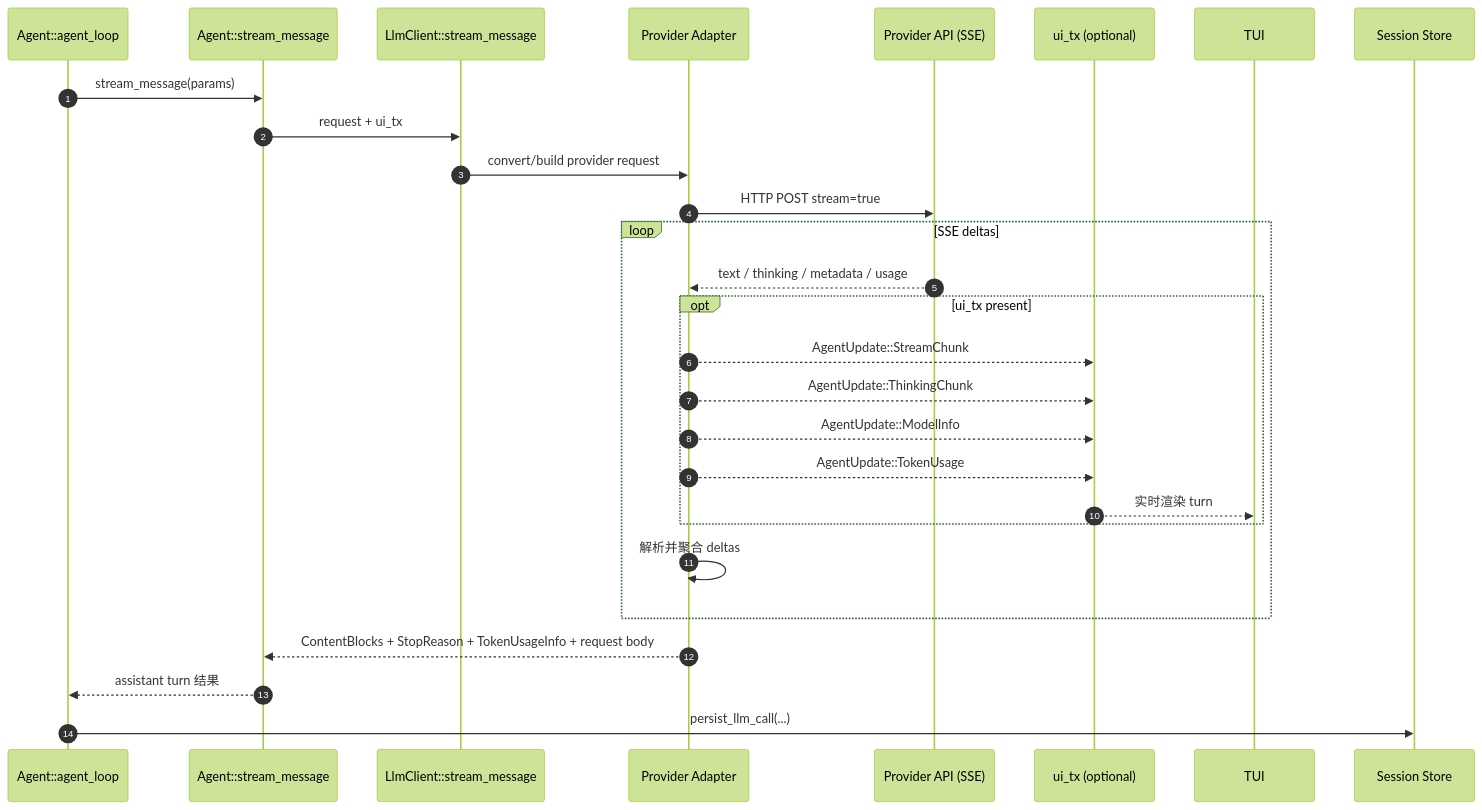
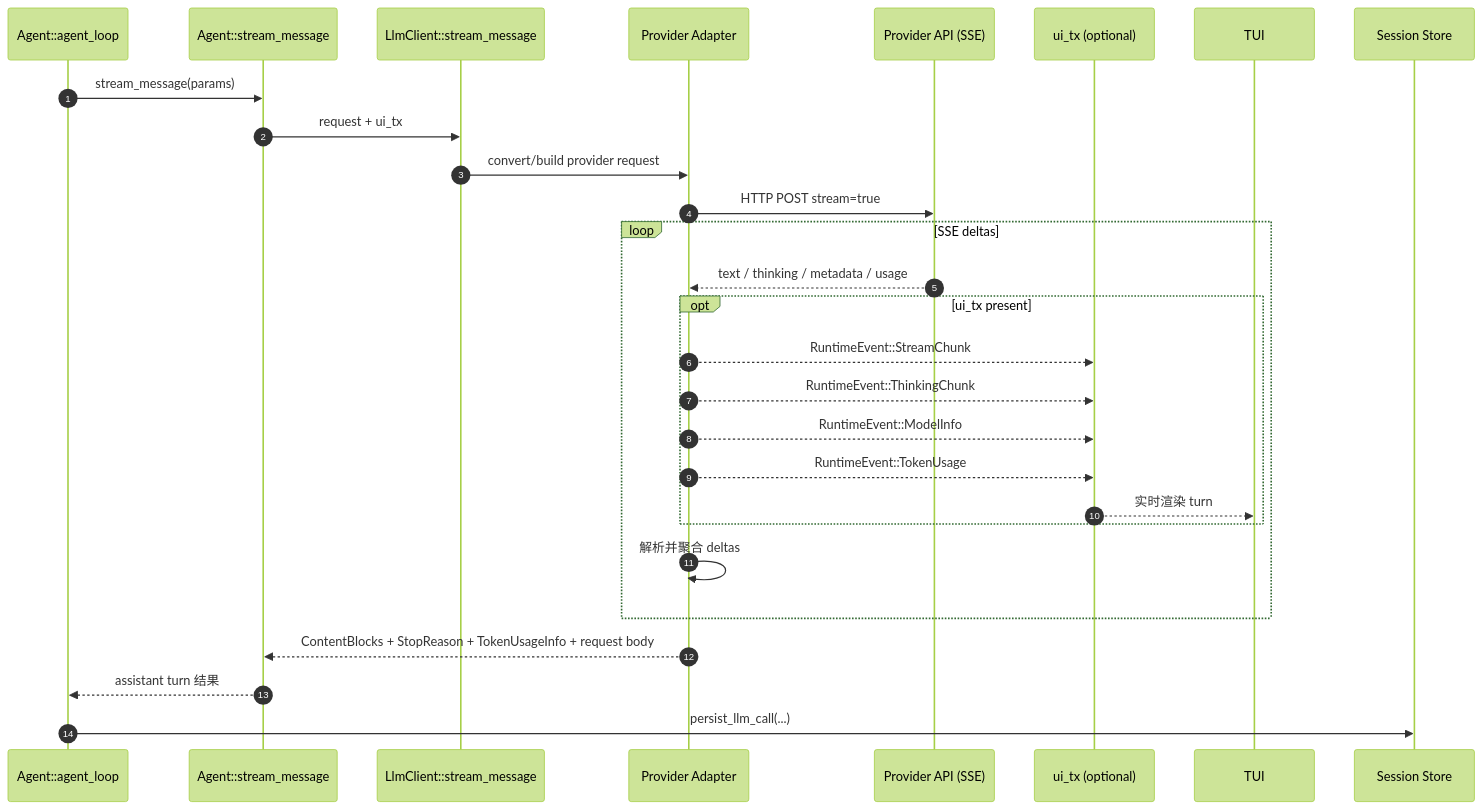
Before and after one commit to rust-infra/tact: the third of 5 diagrams in book/22_chapter_llm_zh.md, drawn with Mermaid (forest theme). The commit also changed other lines of this file and 17 other files, not shown here.

First line of the commit message:
docs(book): the agent→TUI enum is RuntimeEvent, not AgentUpdate

````diff
--- a/book/22_chapter_llm_zh.md
+++ b/book/22_chapter_llm_zh.md
@@ -213,31 +213,31 @@
 ```mermaid
 sequenceDiagram
     autonumber
     participant AgentLoop as Agent::agent_loop
     participant Agent as Agent::stream_message
     participant Client as LlmClient::stream_message
     participant Adapter as Provider Adapter
     participant API as Provider API (SSE)
     participant UI as ui_tx (optional)
     participant TUI as TUI
     participant Store as Session Store
 
     AgentLoop->>Agent: stream_message(params)
     Agent->>Client: request + ui_tx
     Client->>Adapter: convert/build provider request
     Adapter->>API: HTTP POST stream=true
     loop SSE deltas
         API-->>Adapter: text / thinking / metadata / usage
         opt ui_tx present
-            Adapter-->>UI: AgentUpdate::StreamChunk
-            Adapter-->>UI: AgentUpdate::ThinkingChunk
-            Adapter-->>UI: AgentUpdate::ModelInfo
-            Adapter-->>UI: AgentUpdate::TokenUsage
+            Adapter-->>UI: RuntimeEvent::StreamChunk
+            Adapter-->>UI: RuntimeEvent::ThinkingChunk
+            Adapter-->>UI: RuntimeEvent::ModelInfo
+            Adapter-->>UI: RuntimeEvent::TokenUsage
             UI-->>TUI: 实时渲染 turn
         end
         Adapter->>Adapter: 解析并聚合 deltas
     end
     Adapter-->>Agent: ContentBlocks + StopReason + TokenUsageInfo + request body
     Agent-->>AgentLoop: assistant turn 结果
     AgentLoop->>Store: persist_llm_call(...)
 ```
````
